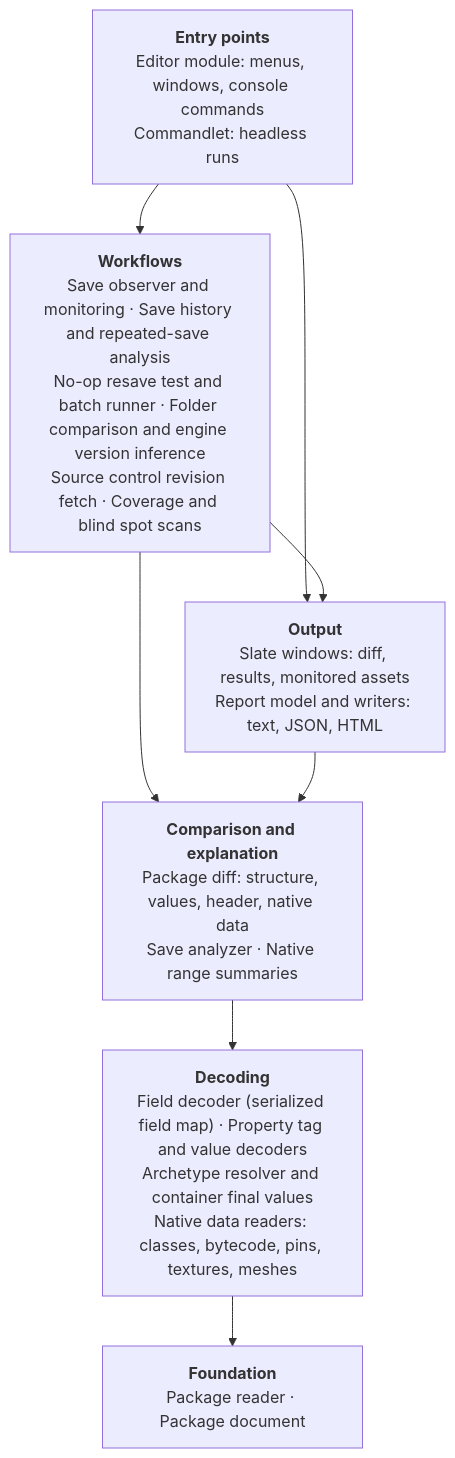
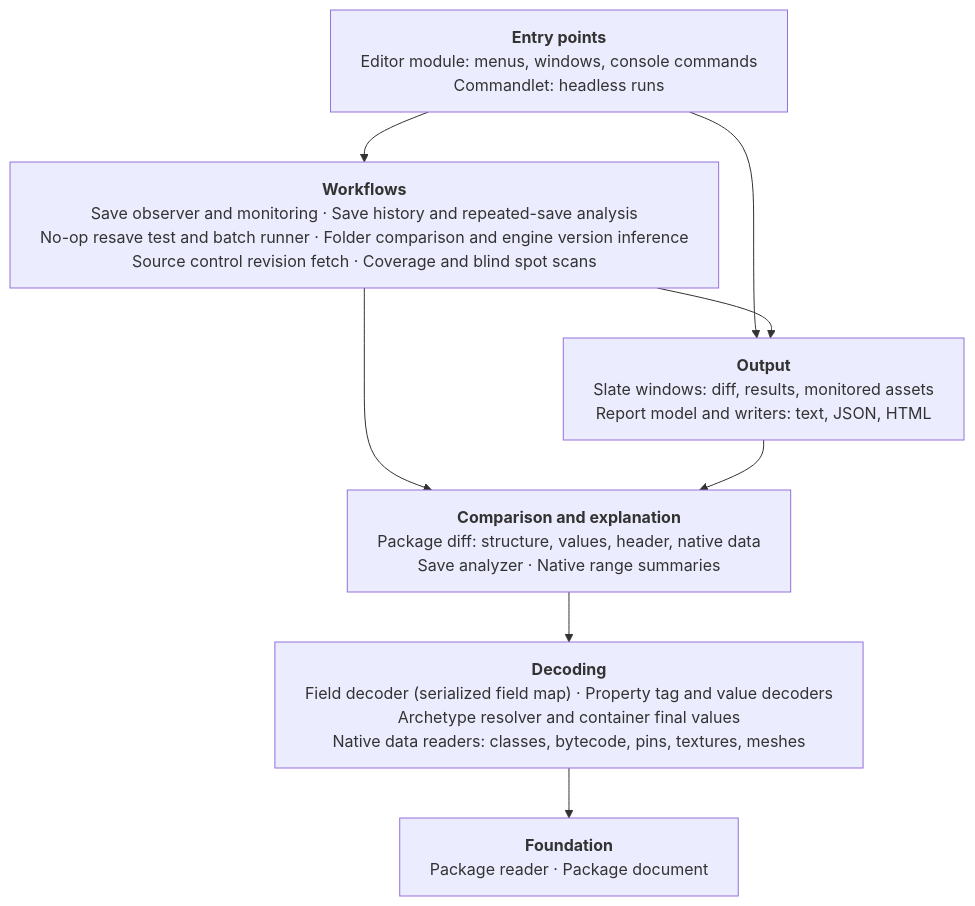
The first of 3 diagrams in docs/Architecture.md (ThyMerayo/AssetSerializationInspector), drawn with Mermaid before and after one commit.

Commit message:
docs: Make the boxes of the components diagram wider
GitHub's Mermaid wraps the text of a box at 200 pixels, so a layer with
three lines of text came out as 16 narrow lines. The diagram now sets the
wrapping width, and each layer keeps the lines it is written with.

````diff
--- a/docs/Architecture.md
+++ b/docs/Architecture.md
@@ -40,17 +40,18 @@
 ```mermaid
+%%{init: {"flowchart": {"wrappingWidth": 700}}}%%
 flowchart TB
     Entry["<b>Entry points</b><br/>Editor module: menus, windows, console commands<br/>Commandlet: headless runs"]
     Workflows["<b>Workflows</b><br/>Save observer and monitoring · Save history and repeated-save analysis<br/>No-op resave test and batch runner · Folder comparison and engine version inference<br/>Source control revision fetch · Coverage and blind spot scans"]
     Output["<b>Output</b><br/>Slate windows: diff, results, monitored assets<br/>Report model and writers: text, JSON, HTML"]
     Compare["<b>Comparison and explanation</b><br/>Package diff: structure, values, header, native data<br/>Save analyzer · Native range summaries"]
     Decode["<b>Decoding</b><br/>Field decoder (serialized field map) · Property tag and value decoders<br/>Archetype resolver and container final values<br/>Native data readers: classes, bytecode, pins, textures, meshes"]
     Foundation["<b>Foundation</b><br/>Package reader · Package document"]
 
     Entry --> Workflows
     Entry --> Output
     Workflows --> Output
     Workflows --> Compare
     Output --> Compare
     Compare --> Decode
     Decode --> Foundation
 ```
````
